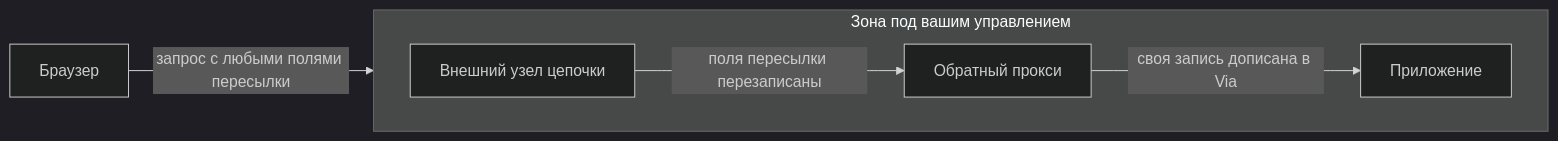
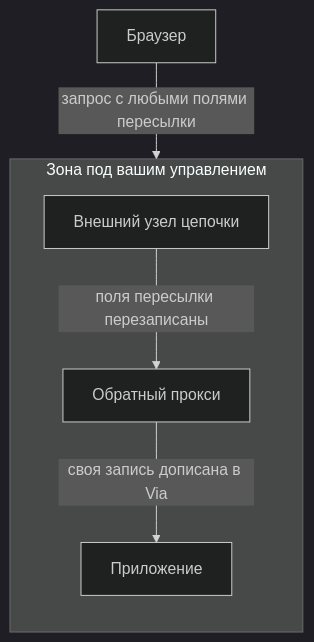
The second of 2 diagrams in content/stage-0/app-architecture.md (not-obfuscation/AppSec-guidebook), drawn with Mermaid (dark theme) before and after one commit. The commit also changed other lines of this file and 214 other files, not shown here.

````diff
--- a/content/stage-0/app-architecture.md
+++ b/content/stage-0/app-architecture.md
@@ -173,13 +236,13 @@
 ```mermaid
-flowchart LR
+flowchart TB
     C[Браузер]
     subgraph T[Зона под вашим управлением]
-        direction LR
+        direction TB
         E[Внешний узел цепочки]
         P[Обратный прокси]
         A[Приложение]
         E -->|поля пересылки перезаписаны| P
         P -->|своя запись дописана в Via| A
     end
     C -->|запрос с любыми полями пересылки| E
 ```
````
